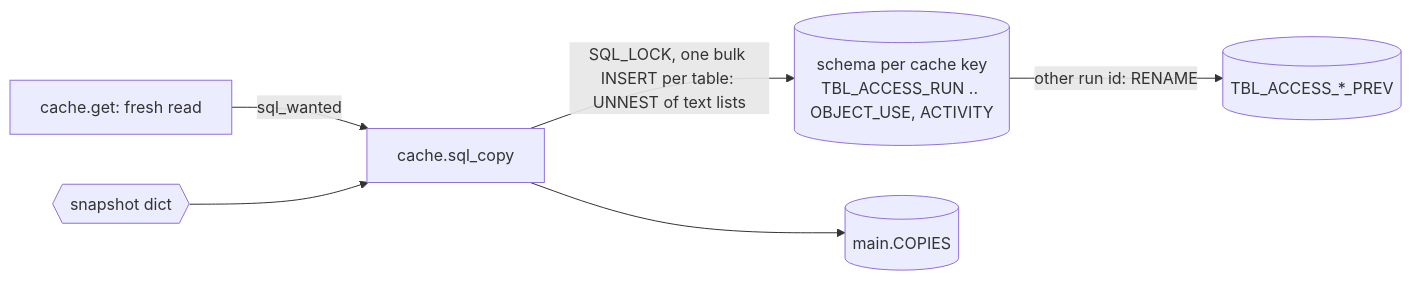
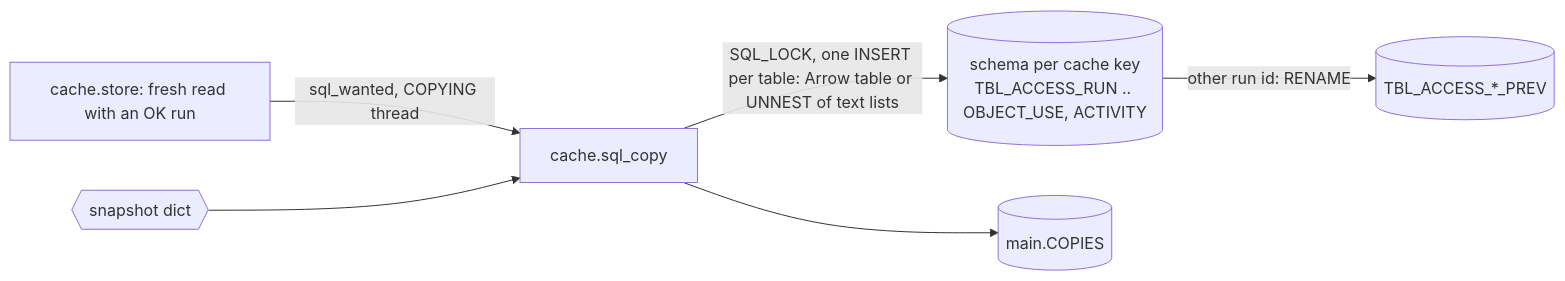
Before and after one commit to darshanmeel/snowflake-access-explorer: the diagram in snowflake-access-explorer-knowledge-graph/data/duckdb-copy.md, drawn with Mermaid. The commit also changed other lines of this file and 82 other files, not shown here.

Commit message:
Knowledge graph: parts store, two-stage load, background refresh, DuckDB rule walk, kept rule results, review fixes (to 448bdbb)

````diff
--- a/snowflake-access-explorer-knowledge-graph/data/duckdb-copy.md
+++ b/snowflake-access-explorer-knowledge-graph/data/duckdb-copy.md
@@ -4,8 +4,8 @@
 ```mermaid
 flowchart LR
-  G[cache.get: fresh read] -->|sql_wanted| C[cache.sql_copy]
+  G[cache.store: fresh read with an OK run] -->|sql_wanted, COPYING thread| C[cache.sql_copy]
   D{{snapshot dict}} --> C
-  C -->|SQL_LOCK, one bulk INSERT per table: UNNEST of text lists| S[(schema per cache key<br/>TBL_ACCESS_RUN .. OBJECT_USE, ACTIVITY)]
+  C -->|SQL_LOCK, one INSERT per table: Arrow table or UNNEST of text lists| S[(schema per cache key<br/>TBL_ACCESS_RUN .. OBJECT_USE, ACTIVITY)]
   S -->|other run id: RENAME| P[(TBL_ACCESS_*_PREV)]
   C --> K[(main.COPIES)]
 ```
````
